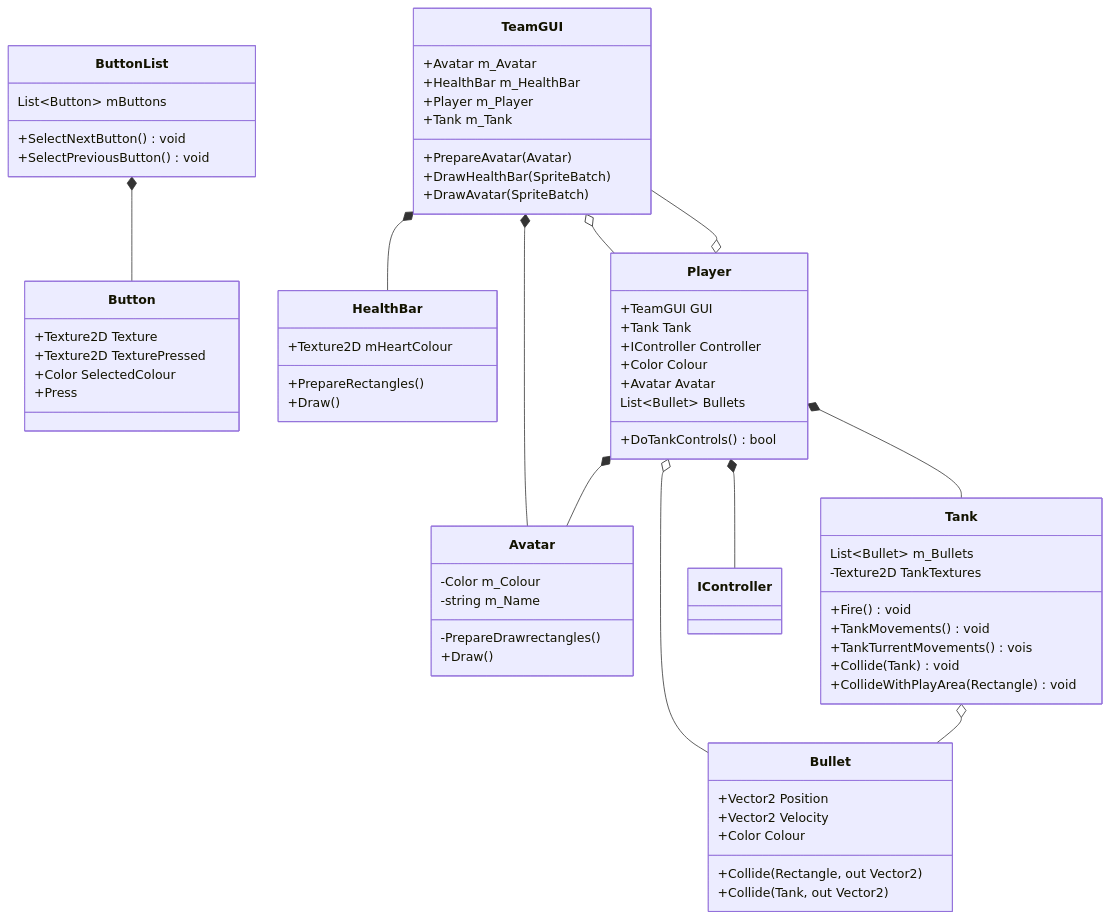
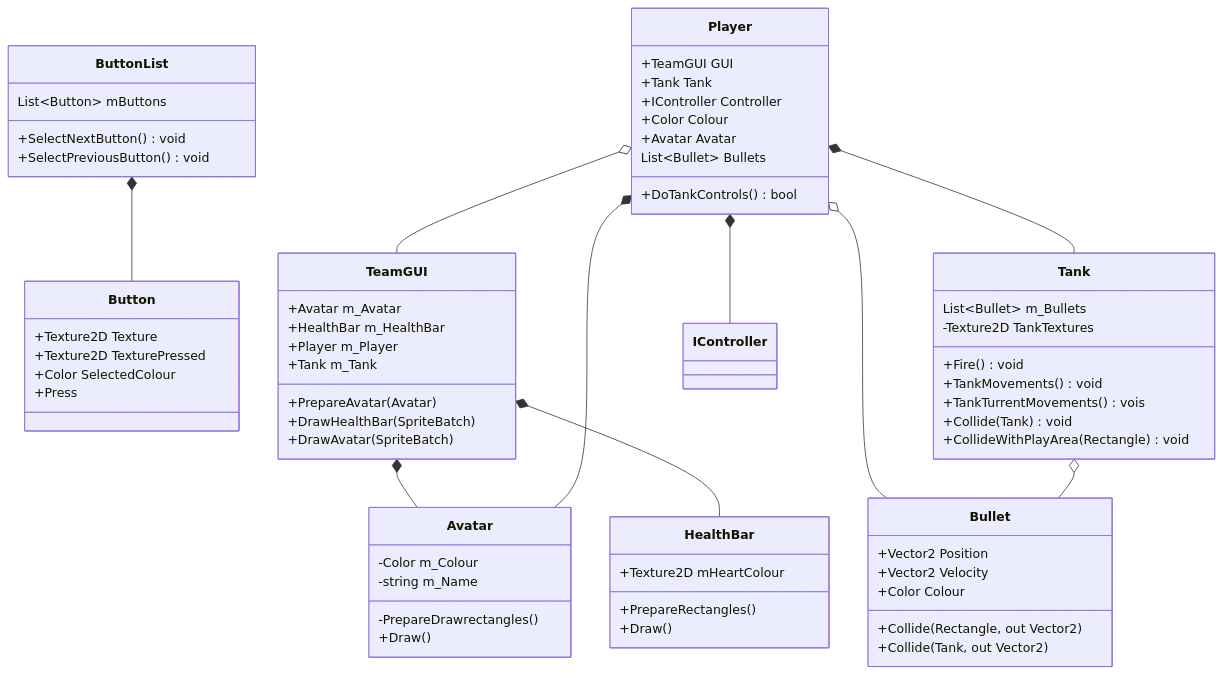
Before and after one commit to Spoingus/TroublesomeTanks_CDP: the second of 2 diagrams in README.md, drawn with Mermaid.

````diff
--- a/README.md
+++ b/README.md
@@ -45,71 +45,70 @@
 ```mermaid
 classDiagram
     ButtonList *-- Button
     class ButtonList{
         List~Button~ mButtons
         +SelectNextButton() void
         +SelectPreviousButton() void
     }
     class Button{
         +Texture2D Texture
         +Texture2D TexturePressed
         +Color SelectedColour
         +Press
     }
 
     TeamGUI *-- Avatar
     TeamGUI *-- HealthBar
-    TeamGUI o-- Player
     class TeamGUI{
         +Avatar m_Avatar
         +HealthBar m_HealthBar
         +Player m_Player
         +Tank m_Tank
         +PrepareAvatar(Avatar)
         +DrawHealthBar(SpriteBatch)
         +DrawAvatar(SpriteBatch)
     }
     class Avatar{
         -Color m_Colour
         -string m_Name
         -PrepareDrawrectangles()
         +Draw()
     }
     class HealthBar{
         +Texture2D mHeartColour
         +PrepareRectangles()
         +Draw()
     }
     Player o-- TeamGUI
     Player *-- Tank
     Player *-- Avatar
     Player *-- IController
     Player o-- Bullet
     class Player{
         +TeamGUI GUI
         +Tank Tank
         +IController Controller
         +Color Colour
         +Avatar Avatar
         List~Bullet~ Bullets
         +DoTankControls() bool
     }
     Tank o-- Bullet
     class Tank{
         List~Bullet~ m_Bullets
         -Texture2D TankTextures
         +Fire() void
         +TankMovements() void
         +TankTurrentMovements() vois
         +Collide(Tank) void
         +CollideWithPlayArea(Rectangle) void
     }
     class Bullet{
         +Vector2 Position
         +Vector2 Velocity
         +Color Colour
         +Collide(Rectangle, out Vector2)
         +Collide(Tank, out Vector2)
     }
    
 ```
````
